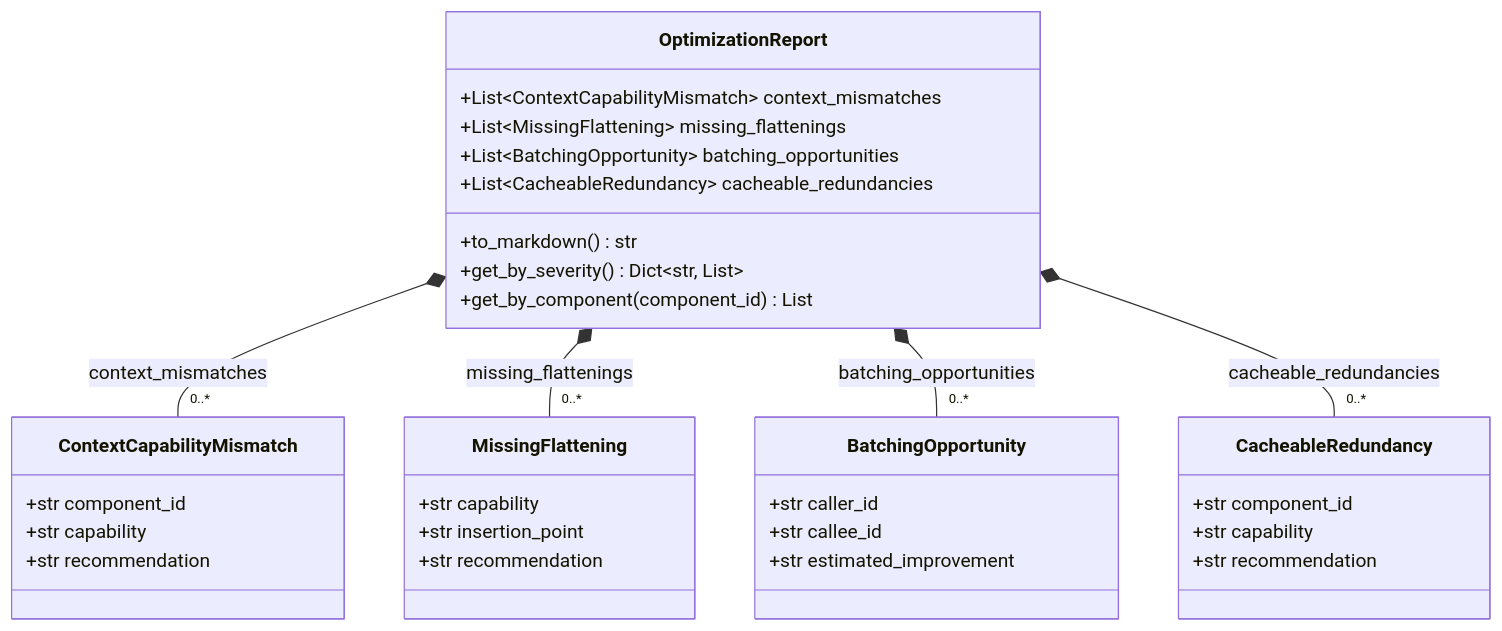
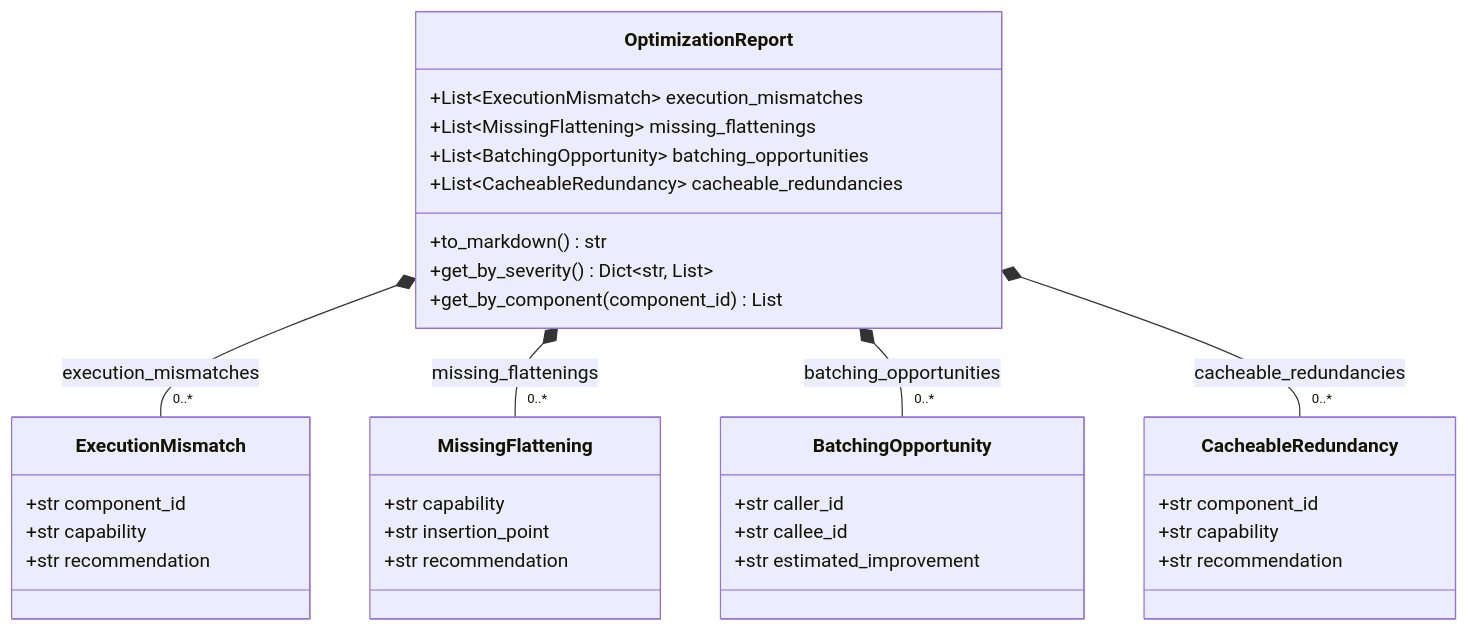
Before and after one commit to nestharus/ai-workflow: diagram 15 of 19 in .tasks/plans/algorithm enhancer/feedback.md, drawn with Mermaid. The commit also changed other lines of this file and 14 other files, not shown here.

````diff
--- a/.tasks/plans/algorithm enhancer/feedback.md
+++ b/.tasks/plans/algorithm enhancer/feedback.md
@@ -607,41 +612,41 @@
 ```mermaid
 classDiagram
     class OptimizationReport {
-        +List~ContextCapabilityMismatch~ context_mismatches
+        +List~ExecutionMismatch~ execution_mismatches
         +List~MissingFlattening~ missing_flattenings
         +List~BatchingOpportunity~ batching_opportunities
         +List~CacheableRedundancy~ cacheable_redundancies
         +to_markdown() str
         +get_by_severity() Dict~str, List~
         +get_by_component(component_id) List
     }
 
-    class ContextCapabilityMismatch {
+    class ExecutionMismatch {
         +str component_id
         +str capability
         +str recommendation
     }
 
     class MissingFlattening {
         +str capability
         +str insertion_point
         +str recommendation
     }
 
     class BatchingOpportunity {
         +str caller_id
         +str callee_id
         +str estimated_improvement
     }
 
     class CacheableRedundancy {
         +str component_id
         +str capability
         +str recommendation
     }
 
-    OptimizationReport *-- "0..*" ContextCapabilityMismatch : context_mismatches
+    OptimizationReport *-- "0..*" ExecutionMismatch : execution_mismatches
     OptimizationReport *-- "0..*" MissingFlattening : missing_flattenings
     OptimizationReport *-- "0..*" BatchingOpportunity : batching_opportunities
     OptimizationReport *-- "0..*" CacheableRedundancy : cacheable_redundancies
 ```
````
